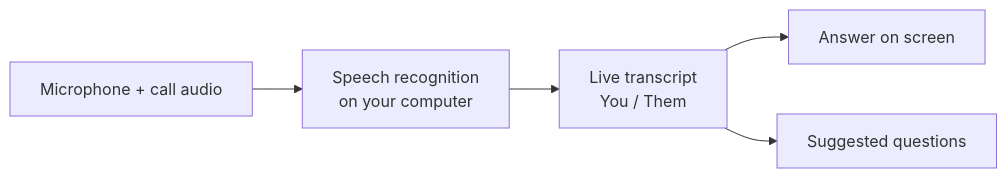
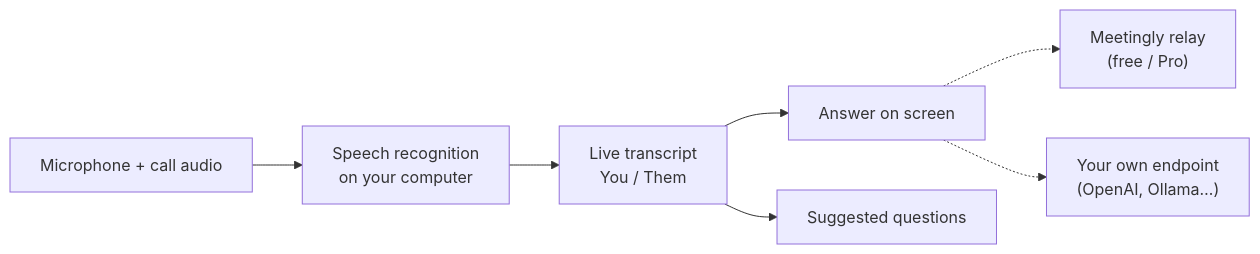
Before and after one commit to iskandaryv/meetingly-ai: the diagram in README.md, drawn with Mermaid. The commit also changed other lines of this file and 50 other files, not shown here.

Commit message:
Use your own API key (OpenAI, OpenRouter, Ollama or any OpenAI-compatible endpoint); README for the open-source release; 1.2.0

````diff
--- a/README.md
+++ b/README.md
@@ -54,7 +77,9 @@
 ```mermaid
 flowchart LR
   A["Microphone + call audio"] --> B["Speech recognition<br/>on your computer"]
   B --> C["Live transcript<br/>You / Them"]
   C --> D["Answer on screen"]
   C --> E["Suggested questions"]
+  D -.-> F["Meetingly relay<br/>(free / Pro)"]
+  D -.-> G["Your own endpoint<br/>(OpenAI, Ollama…)"]
 ```
````
